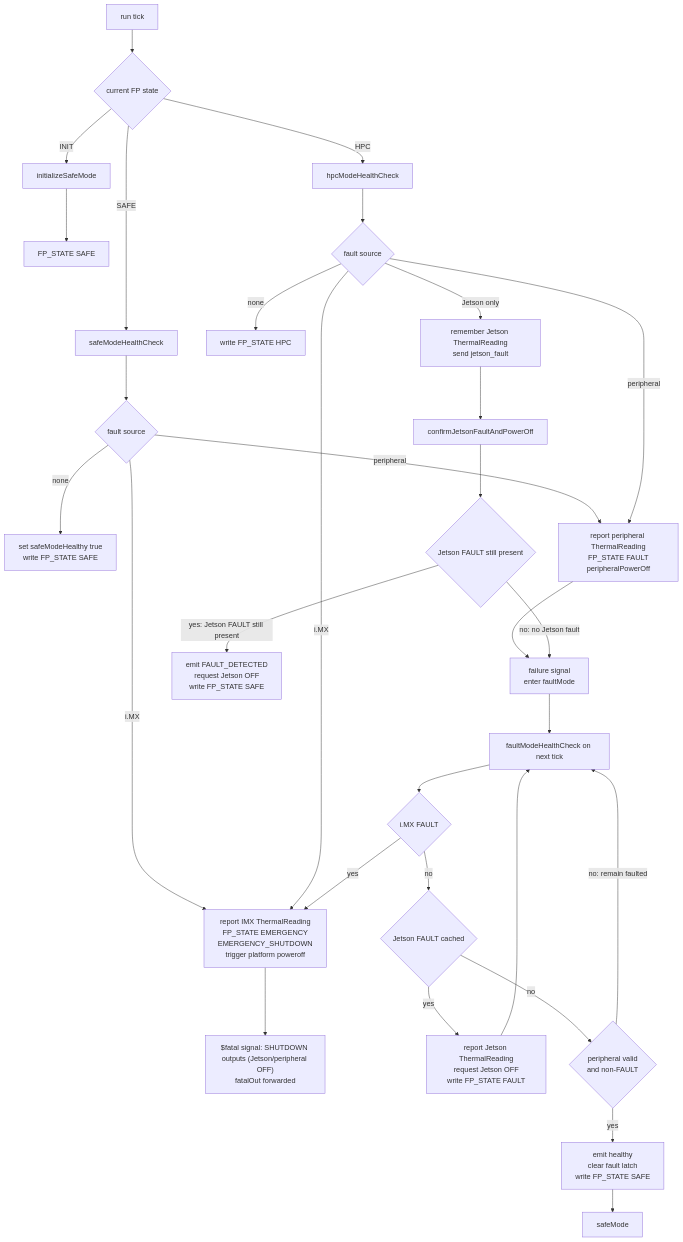
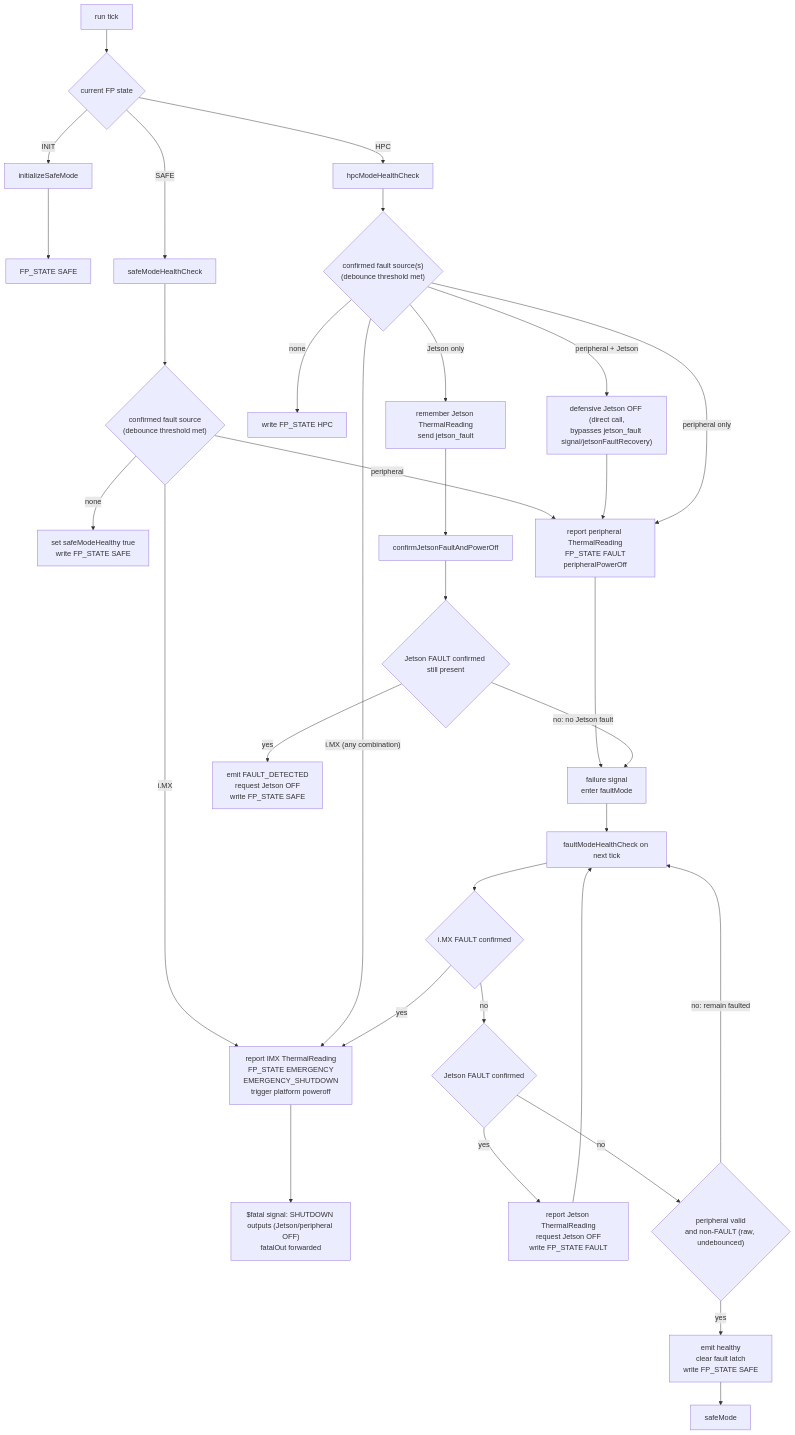
The third of 8 diagrams in scales/scalesSvc/FPManager/docs/sdd.md (BroncoSpace-Lab/fprime-scales), drawn with Mermaid before and after one commit. The commit also changed other lines of this file and 49 other files, not shown here.

````diff
--- a/scales/scalesSvc/FPManager/docs/sdd.md
+++ b/scales/scalesSvc/FPManager/docs/sdd.md
@@ -302,39 +396,41 @@
 ```mermaid
 flowchart TD
     Tick["run tick"] --> State{"current FP state"}
 
     State -->|"INIT"| Init["initializeSafeMode"]
     Init --> Safe["FP_STATE SAFE"]
 
     State -->|"SAFE"| SafeCheck["safeModeHealthCheck"]
-    SafeCheck --> SafeFault{"fault source"}
+    SafeCheck --> SafeFault{"confirmed fault source<br>(debounce threshold met)"}
     SafeFault -->|"none"| SafeHealthy["set safeModeHealthy true<br>write FP_STATE SAFE"]
     SafeFault -->|"i.MX"| ImxEmergency["report IMX ThermalReading<br>FP_STATE EMERGENCY<br>EMERGENCY_SHUTDOWN<br>trigger platform poweroff"]
     SafeFault -->|"peripheral"| PerifFault["report peripheral ThermalReading<br>FP_STATE FAULT<br>peripheralPowerOff"]
 
     State -->|"HPC"| HpcCheck["hpcModeHealthCheck"]
-    HpcCheck --> HpcFault{"fault source"}
+    HpcCheck --> HpcFault{"confirmed fault source(s)<br>(debounce threshold met)"}
     HpcFault -->|"none"| HpcHealthy["write FP_STATE HPC"]
     HpcFault -->|"Jetson only"| JetsonFault["remember Jetson ThermalReading<br>send jetson_fault"]
-    HpcFault -->|"i.MX"| ImxEmergency
-    HpcFault -->|"peripheral"| PerifFault
+    HpcFault -->|"i.MX (any combination)"| ImxEmergency
+    HpcFault -->|"peripheral + Jetson"| PerifAndJetson["defensive Jetson OFF (direct call,<br>bypasses jetson_fault signal/jetsonFaultRecovery)"]
+    PerifAndJetson --> PerifFault
+    HpcFault -->|"peripheral only"| PerifFault
 
     ImxEmergency --> Emergency["$fatal signal: SHUTDOWN outputs (Jetson/peripheral OFF)<br>fatalOut forwarded"]
     PerifFault --> FaultReport["failure signal<br>enter faultMode"]
 
     FaultReport --> FaultCheck["faultModeHealthCheck on next tick"]
-    FaultCheck --> ImxFaultCheck{"i.MX FAULT"}
+    FaultCheck --> ImxFaultCheck{"i.MX FAULT confirmed"}
     ImxFaultCheck -->|"yes"| ImxEmergency
-    ImxFaultCheck -->|"no"| JetsonFaultCheck{"Jetson FAULT cached"}
+    ImxFaultCheck -->|"no"| JetsonFaultCheck{"Jetson FAULT confirmed"}
     JetsonFaultCheck -->|"yes"| JetsonFaulted["report Jetson ThermalReading<br>request Jetson OFF<br>write FP_STATE FAULT"]
     JetsonFaulted --> FaultCheck
-    JetsonFaultCheck -->|"no"| PeripheralClear{"peripheral valid<br>and non-FAULT"}
+    JetsonFaultCheck -->|"no"| PeripheralClear{"peripheral valid<br>and non-FAULT (raw, undebounced)"}
     PeripheralClear -->|"no: remain faulted"| FaultCheck
     PeripheralClear -->|"yes"| SafeRecovery["emit healthy<br>clear fault latch<br>write FP_STATE SAFE"]
     SafeRecovery --> SafeMode["safeMode"]
 
     JetsonFault --> Recovery["confirmJetsonFaultAndPowerOff"]
-    Recovery --> RecoveryOk{"Jetson FAULT still present"}
-    RecoveryOk -->|"yes: Jetson FAULT still present"| RecoverSafe["emit FAULT_DETECTED<br>request Jetson OFF<br>write FP_STATE SAFE"]
+    Recovery --> RecoveryOk{"Jetson FAULT confirmed still present"}
+    RecoveryOk -->|"yes"| RecoverSafe["emit FAULT_DETECTED<br>request Jetson OFF<br>write FP_STATE SAFE"]
     RecoveryOk -->|"no: no Jetson fault"| FaultReport
 ```
````
